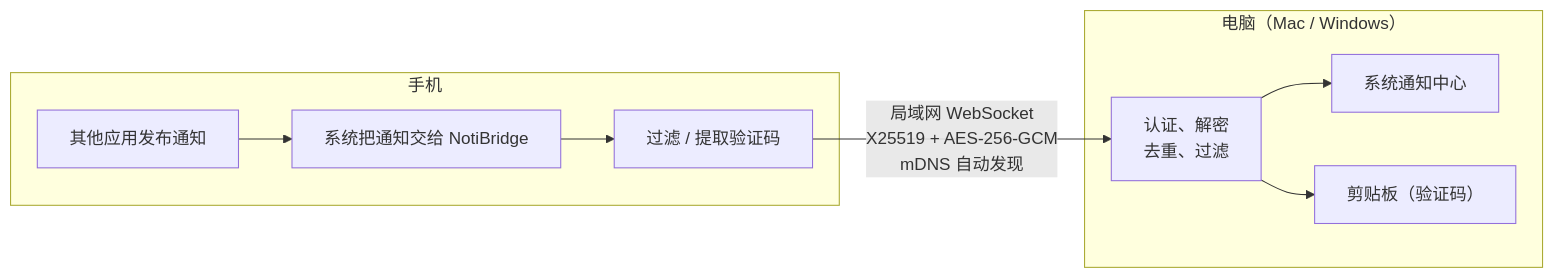
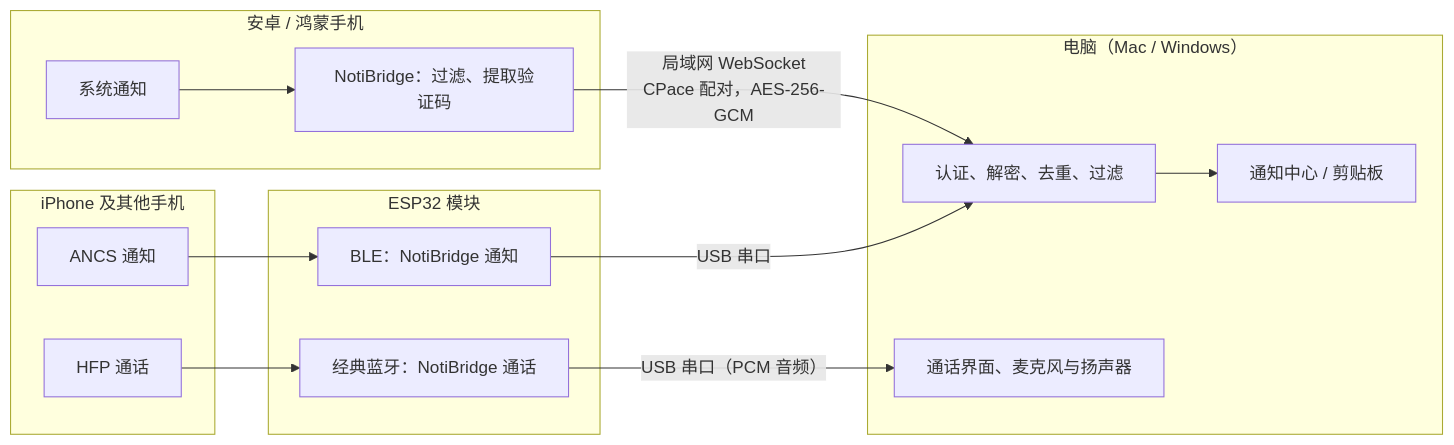
One commit to Allen-1002/HarmoBridge changed the diagram in README.md. Above: the diagram before and after it, drawn with Mermaid. The commit also changed other lines of this file and 3 other files, not shown here.

````diff
--- a/README.md
+++ b/README.md
@@ -25,12 +27,23 @@
 ```mermaid
 flowchart LR
-    subgraph Phone["手机"]
-        A["其他应用发布通知"] --> B["系统把通知交给 NotiBridge"]
-        B --> C["过滤 / 提取验证码"]
+    subgraph Phone["安卓 / 鸿蒙手机"]
+        A["系统通知"] --> B["NotiBridge：过滤、提取验证码"]
+    end
+    subgraph iPhone["iPhone 及其他手机"]
+        I["ANCS 通知"]
+        H["HFP 通话"]
+    end
+    subgraph ESP["ESP32 模块"]
+        E1["BLE：NotiBridge 通知"]
+        E2["经典蓝牙：NotiBridge 通话"]
     end
     subgraph PC["电脑（Mac / Windows）"]
-        D["认证、解密<br/>去重、过滤"] --> E["系统通知中心"]
-        D --> F["剪贴板（验证码）"]
+        D["认证、解密、去重、过滤"] --> N["通知中心 / 剪贴板"]
+        C["通话界面、麦克风与扬声器"]
     end
-    C -- "局域网 WebSocket<br/>X25519 + AES-256-GCM<br/>mDNS 自动发现" --> D
+    B -- "局域网 WebSocket<br/>CPace 配对，AES-256-GCM" --> D
+    I --> E1
+    H --> E2
+    E1 -- "USB 串口" --> D
+    E2 -- "USB 串口（PCM 音频）" --> C
 ```
````
